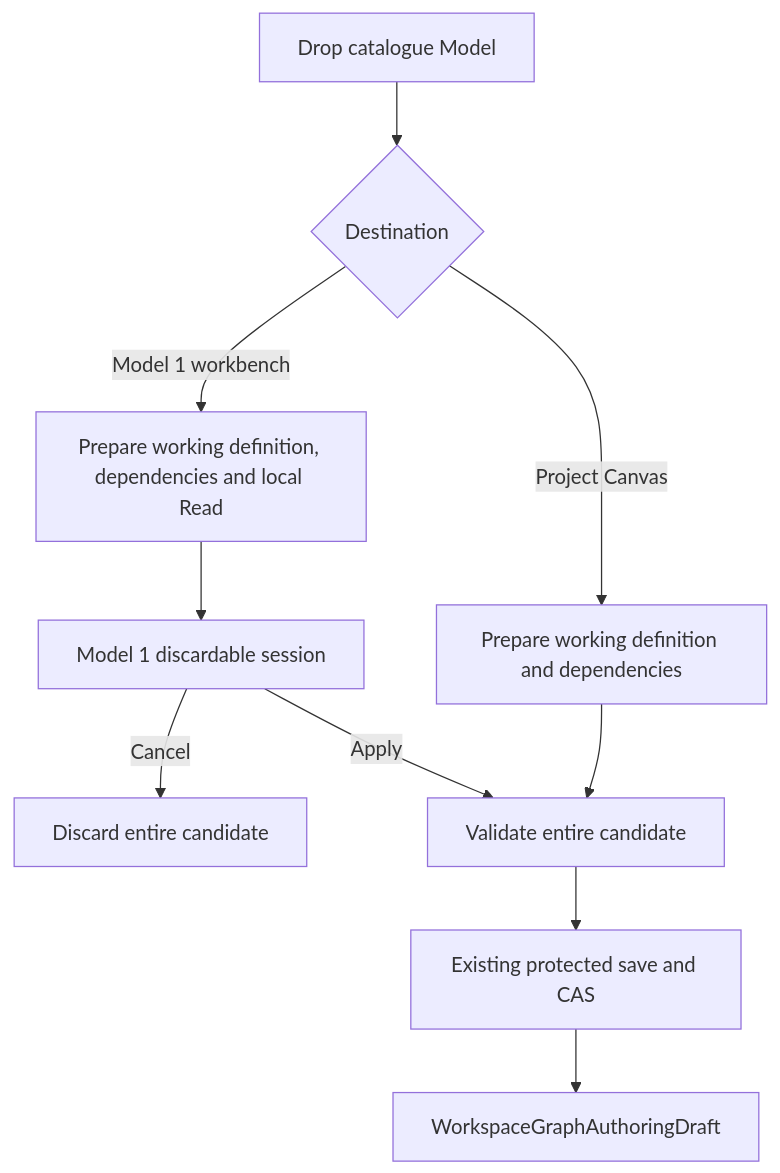
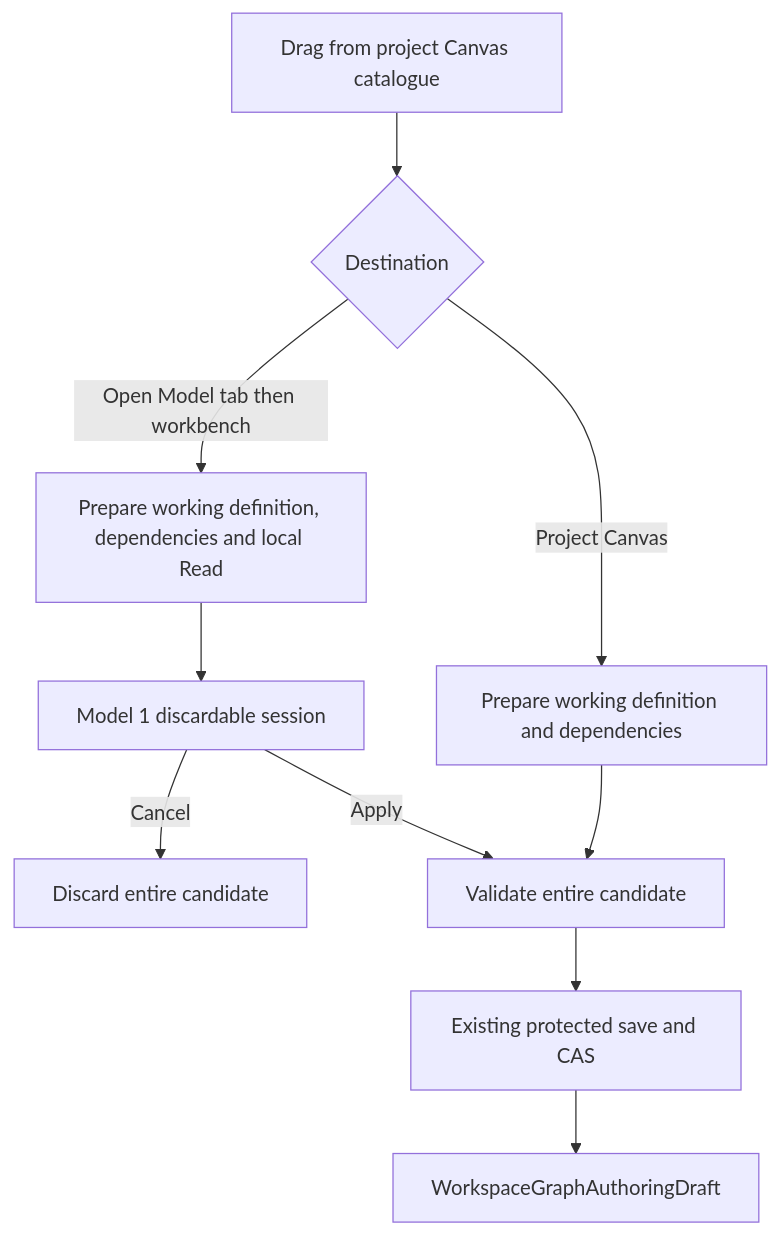
Before and after one commit to dunay2/dvt: the second of 2 diagrams in docs/adr/ADR-0070-independent-model-working-copies-and-contextual-composition.md, drawn with Mermaid. The commit also changed other lines of this file and 145 other files, not shown here.

Commit message:
fix(web): Integrate Canvas authoring and inline Model inputs (#4015)

````diff
--- a/docs/adr/ADR-0070-independent-model-working-copies-and-contextual-composition.md
+++ b/docs/adr/ADR-0070-independent-model-working-copies-and-contextual-composition.md
@@ -85,12 +93,12 @@
 ```mermaid
 flowchart TD
-  Drag[Drop catalogue Model] --> Destination{Destination}
+  Drag[Drag from project Canvas catalogue] --> Destination{Destination}
   Destination -->|Project Canvas| Project[Prepare working definition and dependencies]
-  Destination -->|Model 1 workbench| Candidate[Prepare working definition, dependencies and local Read]
+  Destination -->|Open Model tab then workbench| Candidate[Prepare working definition, dependencies and local Read]
   Candidate --> Session[Model 1 discardable session]
   Session -->|Cancel| Discard[Discard entire candidate]
   Session -->|Apply| Validate[Validate entire candidate]
   Project --> Validate
   Validate --> Save[Existing protected save and CAS]
   Save --> Graph[WorkspaceGraphAuthoringDraft]
 ```
````
